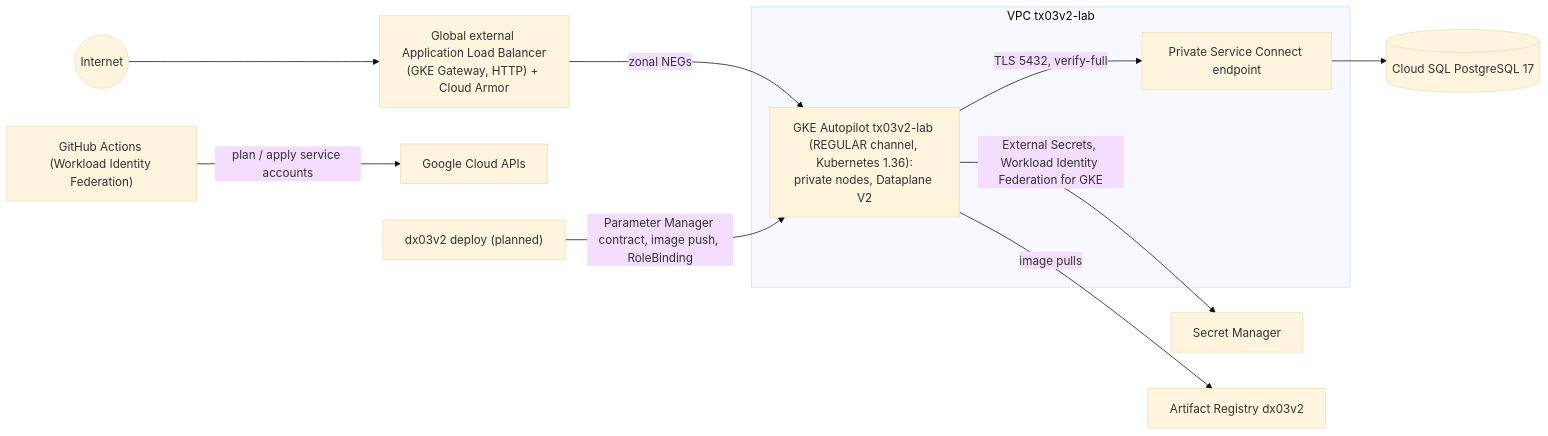
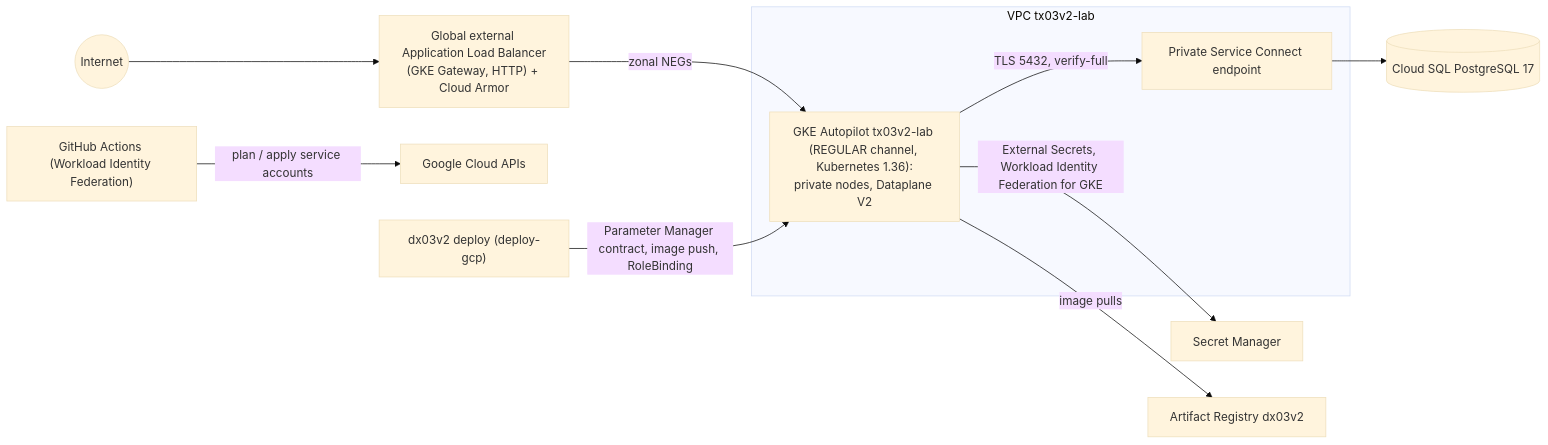
Before and after one commit to maringelix/tx03v2: the diagram in README.md, drawn with Mermaid (base theme). The commit also changed other lines of this file and 7 other files, not shown here.

````diff
--- a/README.md
+++ b/README.md
@@ -55,14 +55,14 @@
 ```mermaid
 flowchart LR
   internet((Internet)) --> lb["Global external Application Load Balancer<br/>(GKE Gateway, HTTP) + Cloud Armor"]
   subgraph vpc["VPC tx03v2-lab"]
     gke["GKE Autopilot tx03v2-lab (REGULAR channel, Kubernetes 1.36):<br/>private nodes, Dataplane V2"]
     psc["Private Service Connect endpoint"]
   end
   lb -->|zonal NEGs| gke
   gke -->|TLS 5432, verify-full| psc --> sql[("Cloud SQL PostgreSQL 17")]
   gke -->|External Secrets, Workload Identity Federation for GKE| sm["Secret Manager"]
   gke -->|image pulls| ar["Artifact Registry dx03v2"]
   gha["GitHub Actions (Workload Identity Federation)"] -->|plan / apply service accounts| apis["Google Cloud APIs"]
-  dx["dx03v2 deploy (planned)"] -->|Parameter Manager contract, image push, RoleBinding| gke
+  dx["dx03v2 deploy (deploy-gcp)"] -->|Parameter Manager contract, image push, RoleBinding| gke
 ```
````
